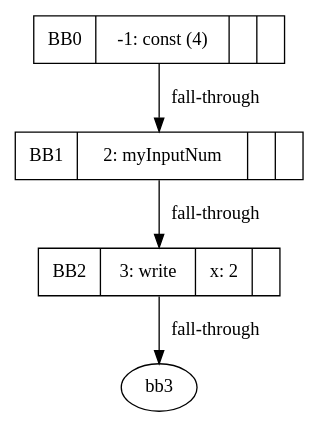
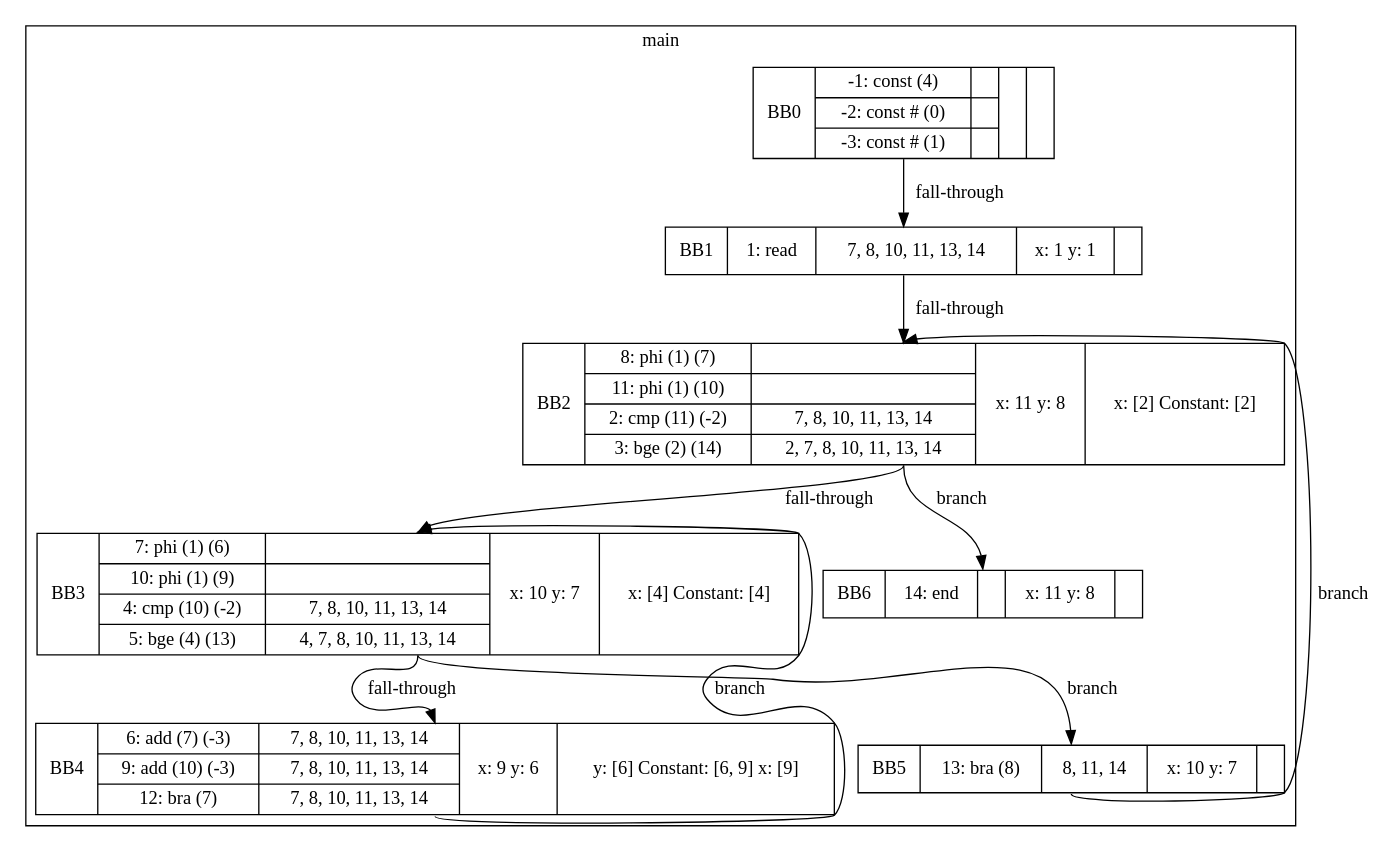
Before and after one commit to mahbub-hr/compiler_cs241: the diagram in Project3/src/main/graph.dot, drawn with Graphviz. The commit also changed 11 other files, not shown here.

```diff
--- a/Project3/src/main/graph.dot
+++ b/Project3/src/main/graph.dot
@@ -1,9 +1,41 @@
 digraph G{
-bb0[shape=record, label="<b>BB0|{-1: const (4) }|{}|{}"];
-bb1[shape=record, label="<b>BB1|{2: myInputNum  }|{}|{}"];
-bb2[shape=record, label="<b>BB2|{3: write  }|{    x: 2
+			bb0[shape=record, label="<b>BB0|{-1: const (4) |-2: const # (0) |-3: const # (1) }|{||}|{}|{}"];
+		bb1[shape=record, label="<b>BB1|{1: read  }|{7, 8, 10, 11, 13, 14}|{    x: 1
+    y: 1
 }|{}"];
-bb0:s->bb1:n[label="fall-through"];
-bb1:s->bb2:n[label="fall-through"];
-bb2:s->bb3:n[label="fall-through"];
+		bb2[shape=record, label="<b>BB2|{8: phi (1) (7)|11: phi (1) (10)|2: cmp (11) (-2)|3: bge (2) (14)}|{||7, 8, 10, 11, 13, 14|2, 7, 8, 10, 11, 13, 14}|{    x: 11
+    y: 8
+}|{    x: [2]
+    Constant: [2]
+}"];
+		bb3[shape=record, label="<b>BB3|{7: phi (1) (6)|10: phi (1) (9)|4: cmp (10) (-2)|5: bge (4) (13)}|{||7, 8, 10, 11, 13, 14|4, 7, 8, 10, 11, 13, 14}|{    x: 10
+    y: 7
+}|{    x: [4]
+    Constant: [4]
+}"];
+		bb4[shape=record, label="<b>BB4|{6: add (7) (-3)|9: add (10) (-3)|12: bra (7) }|{7, 8, 10, 11, 13, 14|7, 8, 10, 11, 13, 14|7, 8, 10, 11, 13, 14}|{    x: 9
+    y: 6
+}|{    y: [6]
+    Constant: [6, 9]
+    x: [9]
+}"];
+		bb5[shape=record, label="<b>BB5|{13: bra (8) }|{8, 11, 14}|{    x: 10
+    y: 7
+}|{}"];
+		bb6[shape=record, label="<b>BB6|{14: end  }|{}|{    x: 11
+    y: 8
+}|{}"];
+	
+subgraph cluster_main{
+	label=main
+			bb0:s->bb1:n[label="fall-through"];
+		bb1:s->bb2:n[label="fall-through"];
+		bb2:s->bb3:n[label="fall-through"];
+bb2:s->bb6:n[label="branch"];
+		bb3:s->bb4:n[label="fall-through"];
+bb3:s->bb5:n[label="branch"];
+		bb4:s->bb3:n[label="branch"];
+		bb5:s->bb2:n[label="branch"];
+		
 }
+}
```
